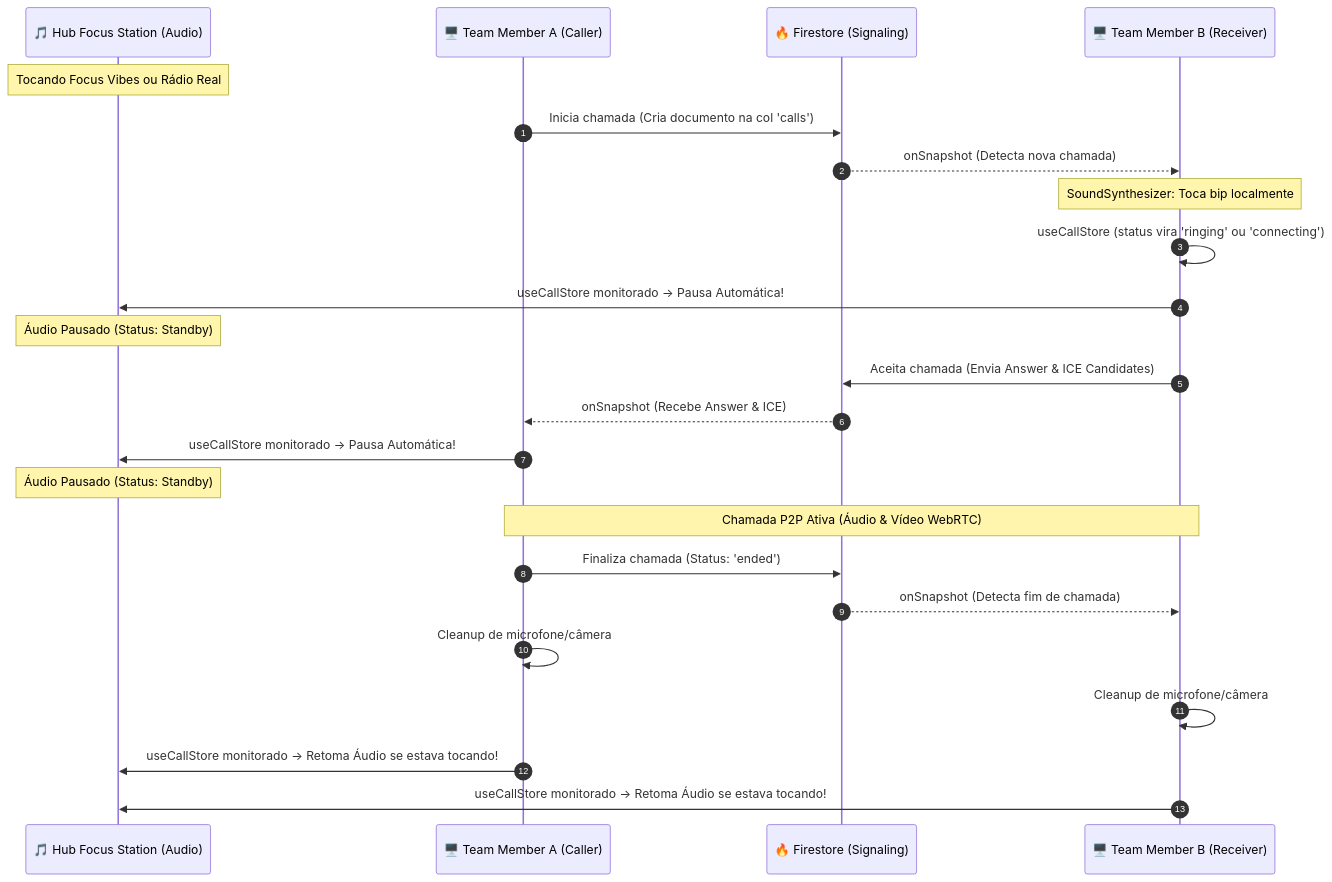
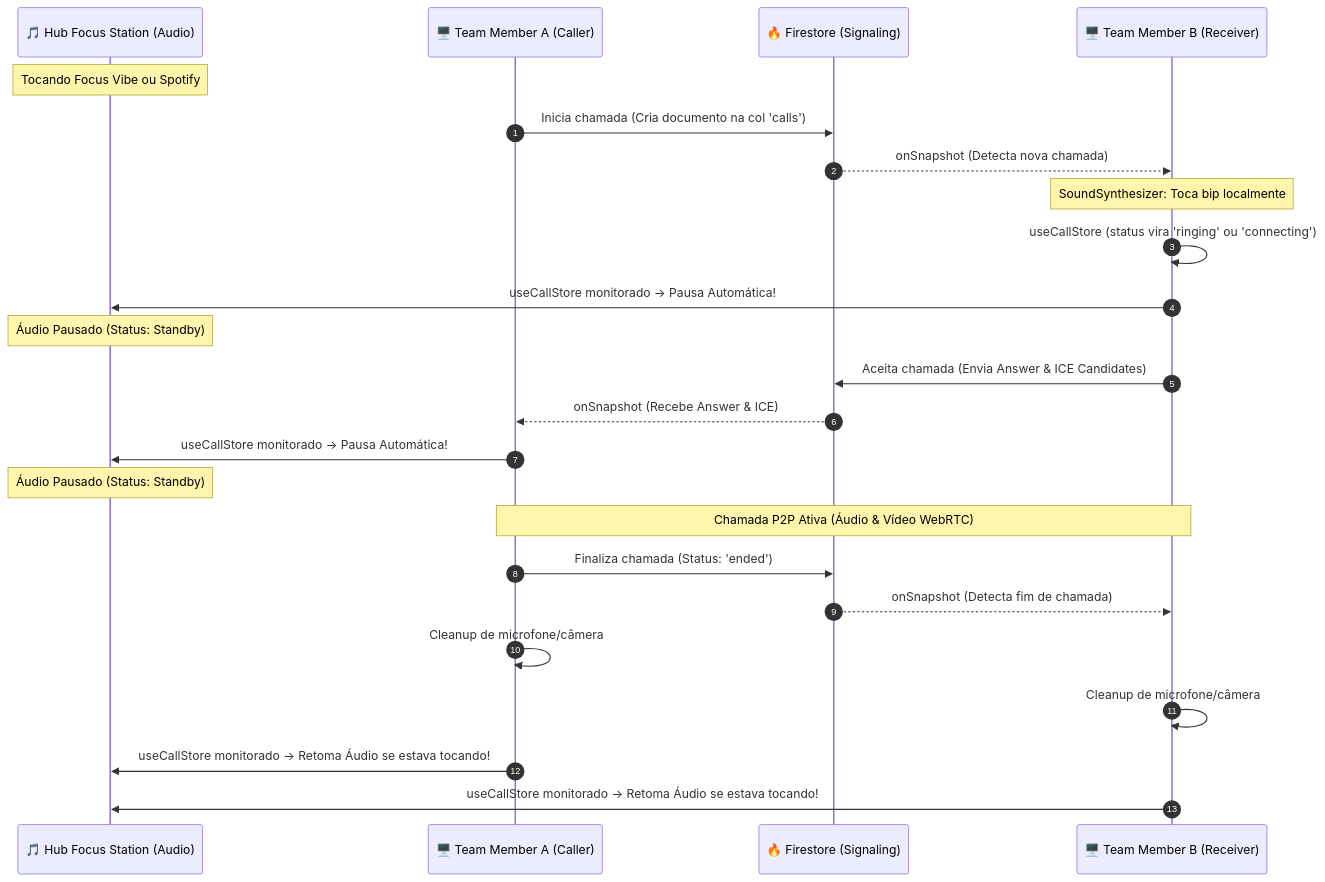
One commit to josef10000/hubcrm changed the fourth of 4 diagrams in README.md. Above: the diagram before and after it, drawn with Mermaid. The commit also changed other lines of this file and 3 other files, not shown here.

Commit message:
feat(focus-station): substitui radios por spotify embed, simplifica focus vibes para lofi e corrige renderizacao do mermaid no readme

````diff
--- a/README.md
+++ b/README.md
@@ -395,33 +398,33 @@
 ```mermaid
 sequenceDiagram
     autonumber
     participant FocusStation as 🎵 Hub Focus Station (Audio)
     participant PeerA as 🖥️ Team Member A (Caller)
     participant Firestore as 🔥 Firestore (Signaling)
     participant PeerB as 🖥️ Team Member B (Receiver)
 
-    Note over FocusStation: Tocando Focus Vibes ou Rádio Real
+    Note over FocusStation: Tocando Focus Vibe ou Spotify
     PeerA->>Firestore: Inicia chamada (Cria documento na col 'calls')
     Firestore-->>PeerB: onSnapshot (Detecta nova chamada)
     Note over PeerB: SoundSynthesizer: Toca bip localmente
     
     %% WebRTC Signaling
     PeerB->>PeerB: useCallStore (status vira 'ringing' ou 'connecting')
     PeerB->>FocusStation: useCallStore monitorado -> Pausa Automática!
     Note over FocusStation: Áudio Pausado (Status: Standby)
     
     PeerB->>Firestore: Aceita chamada (Envia Answer & ICE Candidates)
     Firestore-->>PeerA: onSnapshot (Recebe Answer & ICE)
     PeerA->>FocusStation: useCallStore monitorado -> Pausa Automática!
     Note over FocusStation: Áudio Pausado (Status: Standby)
     
     Note over PeerA, PeerB: Chamada P2P Ativa (Áudio & Vídeo WebRTC)
     
     PeerA->>Firestore: Finaliza chamada (Status: 'ended')
     Firestore-->>PeerB: onSnapshot (Detecta fim de chamada)
     PeerA->>PeerA: Cleanup de microfone/câmera
     PeerB->>PeerB: Cleanup de microfone/câmera
     
     PeerA->>FocusStation: useCallStore monitorado -> Retoma Áudio se estava tocando!
     PeerB->>FocusStation: useCallStore monitorado -> Retoma Áudio se estava tocando!
 ```
````
